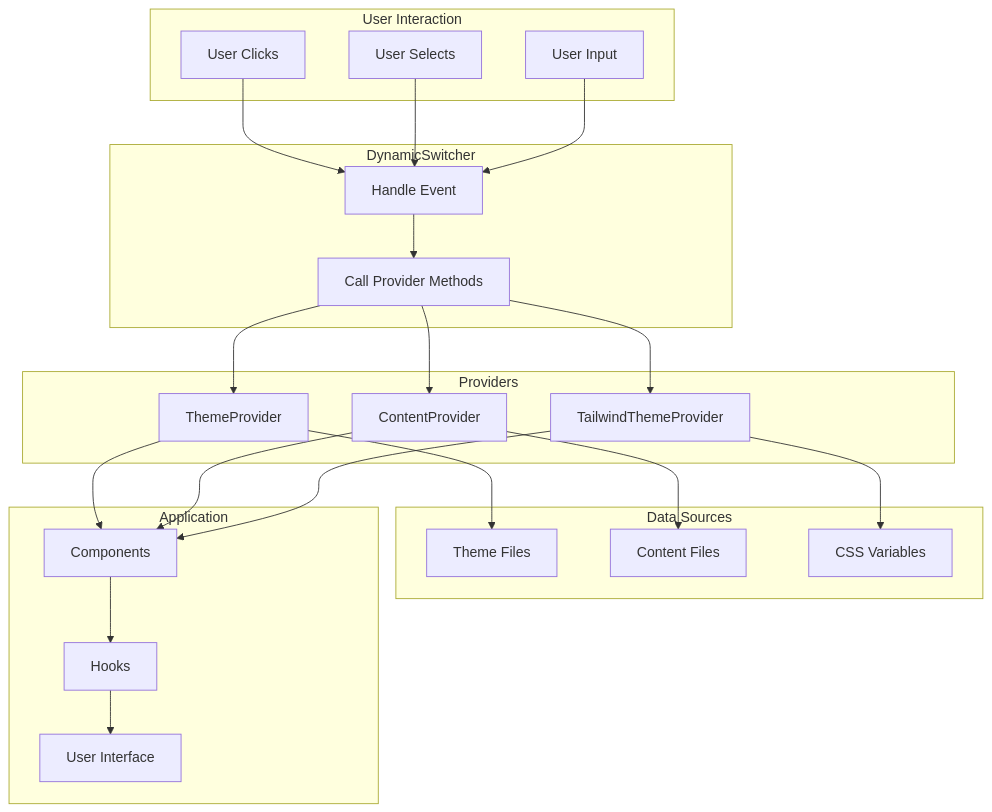
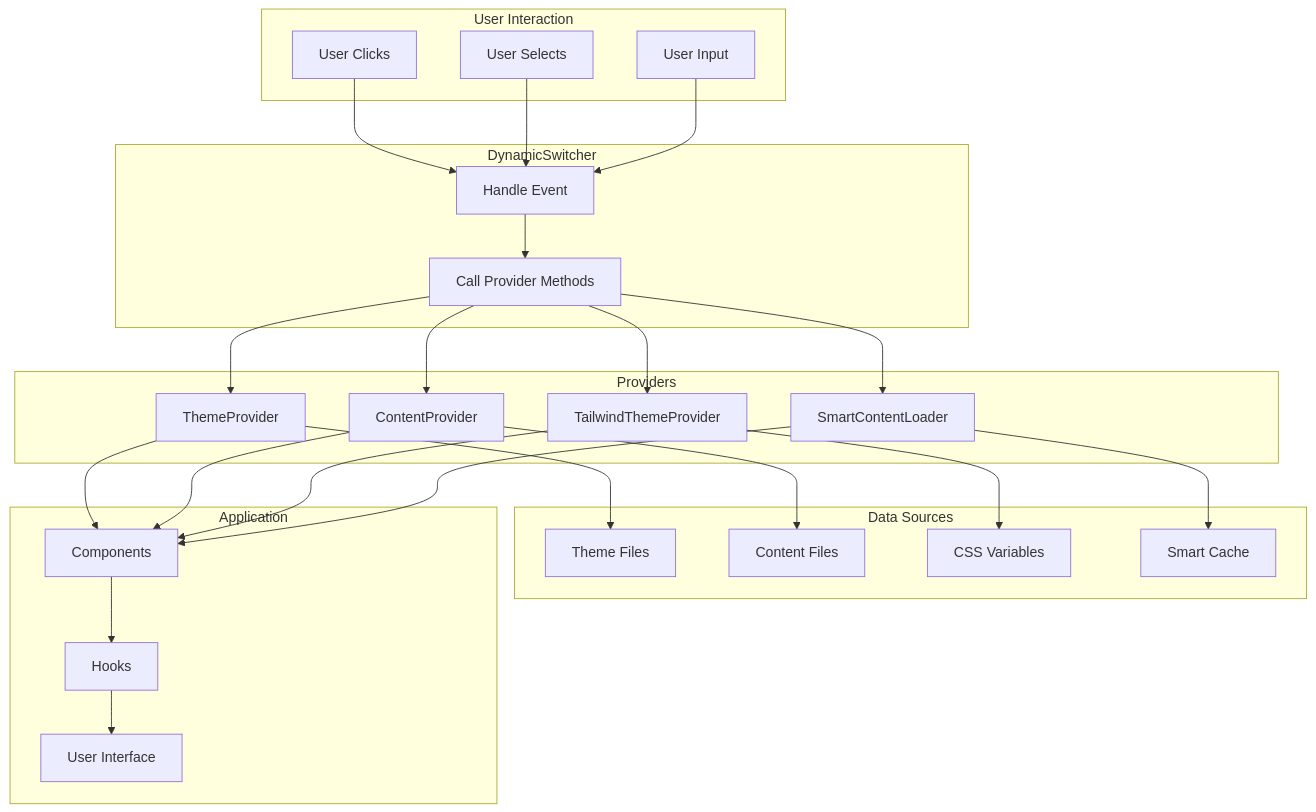
Diagram 11 of 21 in ARCHITECTURE.md (AahrbitX/Arc-it), drawn with Mermaid before and after one commit. The commit also changed other lines of this file and 7 other files, not shown here.

Commit message:
Update all documentation for Arc-it 1.1.0 with Smart Content Loading features

````diff
--- a/ARCHITECTURE.md
+++ b/ARCHITECTURE.md
@@ -245,47 +307,52 @@
 ```mermaid
 graph TD
     subgraph "User Interaction"
         CLICK[User Clicks]
         SELECT[User Selects]
         INPUT[User Input]
     end
     
     subgraph "DynamicSwitcher"
         HANDLE[Handle Event]
         CALL[Call Provider Methods]
     end
     
     subgraph "Providers"
         THEME[ThemeProvider]
         CONTENT[ContentProvider]
         TAILWIND[TailwindThemeProvider]
+        SMART[SmartContentLoader]
     end
     
     subgraph "Data Sources"
         TF[Theme Files]
         CF[Content Files]
         CSS[CSS Variables]
+        CACHE[Smart Cache]
     end
     
     subgraph "Application"
         COMP[Components]
         HOOKS[Hooks]
         UI[User Interface]
     end
     
     CLICK --> HANDLE
     SELECT --> HANDLE
     INPUT --> HANDLE
     HANDLE --> CALL
     CALL --> THEME
     CALL --> CONTENT
     CALL --> TAILWIND
+    CALL --> SMART
     THEME --> TF
     CONTENT --> CF
     TAILWIND --> CSS
+    SMART --> CACHE
     THEME --> COMP
     CONTENT --> COMP
     TAILWIND --> COMP
+    SMART --> COMP
     COMP --> HOOKS
     HOOKS --> UI
 ```
````
